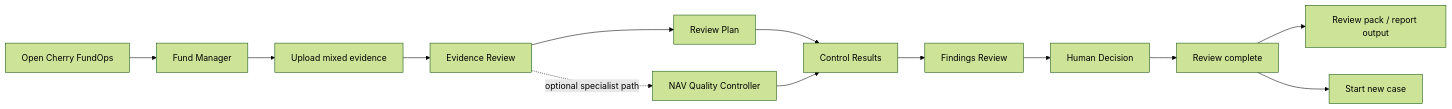
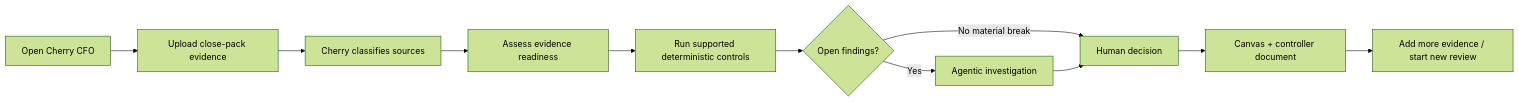
The first of 2 diagrams in docs/WEBSITE_SYSTEM_AND_WORKFLOW.md (sohamtech-uk/cherry-agentic-finops), drawn with Mermaid (forest theme) before and after one commit. The commit also changed other lines of this file and 11 other files, not shown here.

````diff
--- a/docs/WEBSITE_SYSTEM_AND_WORKFLOW.md
+++ b/docs/WEBSITE_SYSTEM_AND_WORKFLOW.md
@@ -50,16 +38,13 @@
 ```mermaid
 flowchart LR
-    A[Open Cherry FundOps] --> B[Fund Manager]
-    B --> C[Upload mixed evidence]
-    C --> D[Evidence Review]
-    D --> E[Review Plan]
-    E --> F[Control Results]
-    F --> G[Findings Review]
-    G --> H[Human Decision]
-    H --> I[Review complete]
-    I --> J[Review pack / report output]
-    I --> K[Start new case]
-
-    D -. optional specialist path .-> N[NAV Quality Controller]
-    N --> F
+    A[Open Cherry CFO] --> B[Upload close-pack evidence]
+    B --> C[Cherry classifies sources]
+    C --> D[Assess evidence readiness]
+    D --> E[Run supported deterministic controls]
+    E --> F{Open findings?}
+    F -->|Yes| G[Agentic investigation]
+    F -->|No material break| H[Human decision]
+    G --> H
+    H --> I[Canvas + controller document]
+    I --> J[Add more evidence / start new review]
 ```
````
